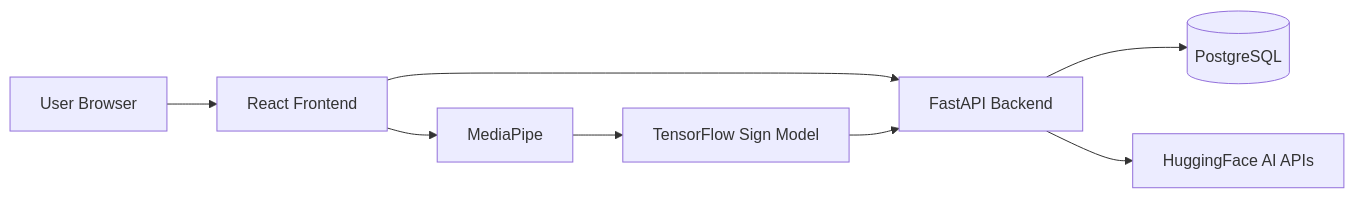
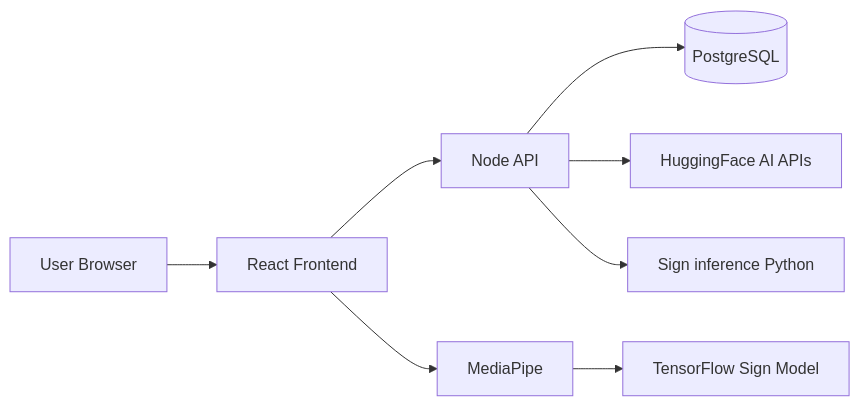
One commit to harshhhuu/Access---AI-AI-Powered-Digital-Accessibility-Platform changed the diagram in README.md. Above: the diagram before and after it, drawn with Mermaid. The commit also changed other lines of this file and 38 other files, not shown here.

First line of the commit message:
chore(backend): Phase 10 — remove FastAPI monolith, Node-only API docs

````diff
--- a/README.md
+++ b/README.md
@@ -124,19 +124,20 @@
 ```mermaid
 flowchart LR
 
 User[User Browser]
 Frontend[React Frontend]
-Backend[FastAPI Backend]
+API[Node API]
+Sign[Sign inference Python]
 Database[(PostgreSQL)]
 AI[HuggingFace AI APIs]
 Vision[MediaPipe]
 Model[TensorFlow Sign Model]
 
 User --> Frontend
-Frontend --> Backend
-Backend --> Database
-Backend --> AI
+Frontend --> API
+API --> Database
+API --> AI
+API --> Sign
 Frontend --> Vision
 Vision --> Model
-Model --> Backend
 ```
````
